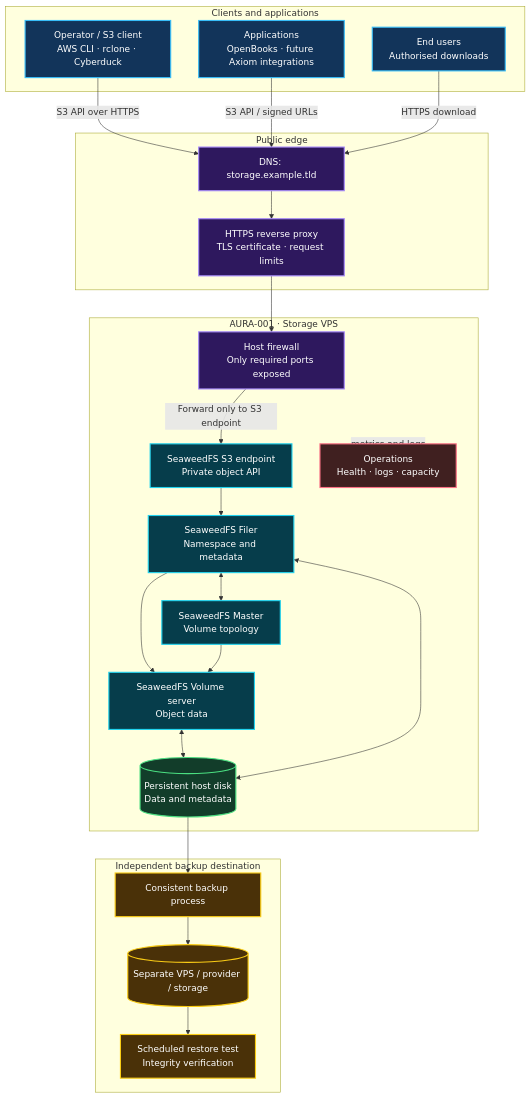
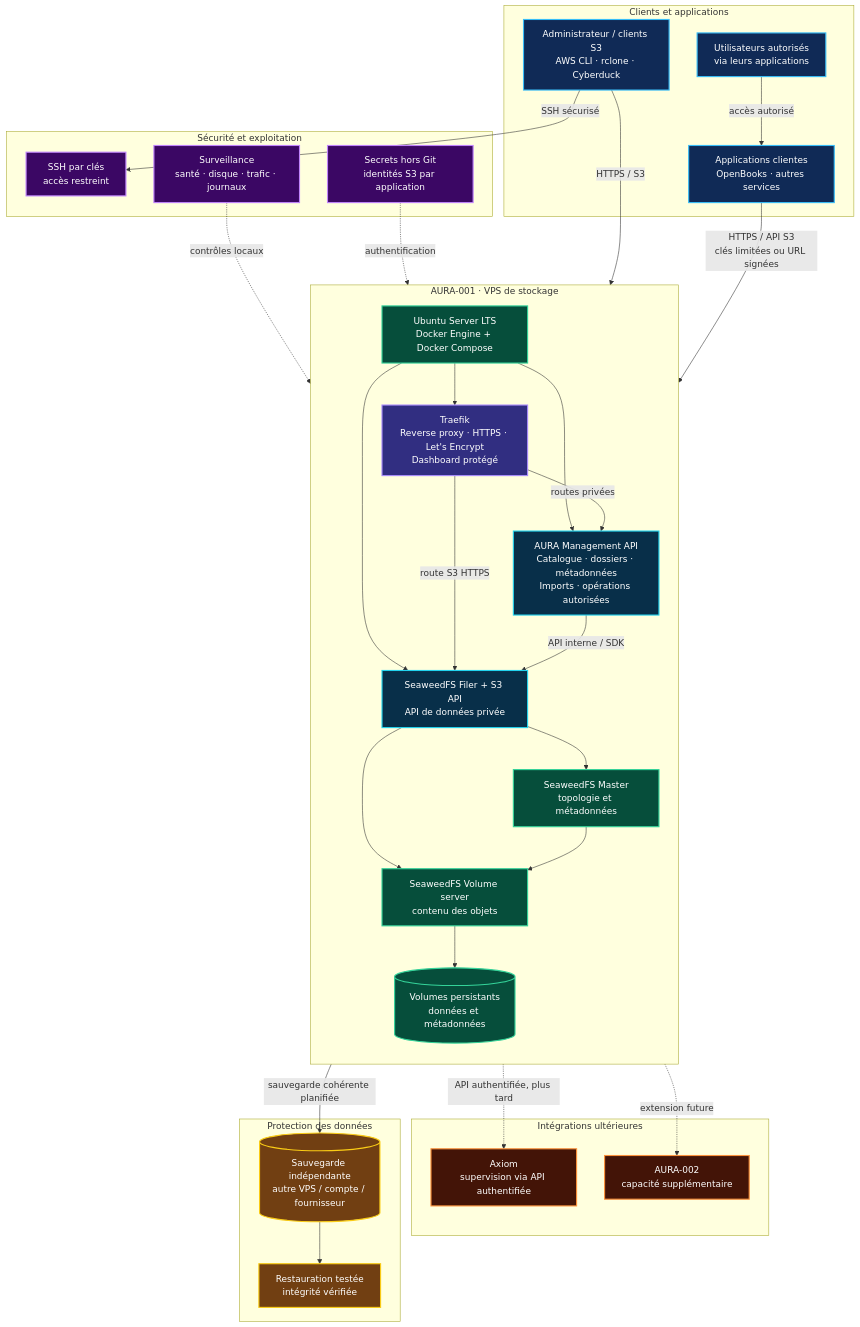
Before and after one commit to digitaleflex/aura-storage: the diagram in docs/ARCHITECTURE.mmd, drawn with Mermaid.

Commit message:
docs: align AURA diagram with Traefik and management API

```diff
--- a/docs/ARCHITECTURE.mmd
+++ b/docs/ARCHITECTURE.mmd
@@ -1,60 +1,71 @@
 flowchart TB
-    %% AURA Storage — target architecture, single-node MVP
+    %% AURA Storage — target architecture, initial single-node MVP
+    classDef client fill:#102A56,stroke:#38BDF8,color:#FFFFFF,stroke-width:2px
+    classDef proxy fill:#312E81,stroke:#A78BFA,color:#FFFFFF,stroke-width:2px
+    classDef api fill:#082F49,stroke:#22D3EE,color:#FFFFFF,stroke-width:2px
+    classDef storage fill:#064E3B,stroke:#34D399,color:#FFFFFF,stroke-width:2px
+    classDef ops fill:#3B0764,stroke:#C084FC,color:#FFFFFF,stroke-width:2px
+    classDef backup fill:#713F12,stroke:#FACC15,color:#FFFFFF,stroke-width:2px
+    classDef future fill:#431407,stroke:#FB923C,color:#FFFFFF,stroke-width:2px
 
-    subgraph CLIENTS["Clients and applications"]
-      ADMIN["Operator / S3 client<br/>AWS CLI · rclone · Cyberduck"]
-      APPS["Applications<br/>OpenBooks · future Axiom integrations"]
-      USERS["End users<br/>Authorised downloads"]
+    subgraph CLIENTS["Clients et applications"]
+      OPERATOR["Administrateur / clients S3<br/>AWS CLI · rclone · Cyberduck"]
+      APPS["Applications clientes<br/>OpenBooks · autres services"]
+      USERS["Utilisateurs autorisés<br/>via leurs applications"]
     end
 
-    subgraph EDGE["Public edge"]
-      DNS["DNS: storage.example.tld"]
-      TLS["HTTPS reverse proxy<br/>TLS certificate · request limits"]
+    subgraph AURA["AURA-001 · VPS de stockage"]
+      direction TB
+      HOST["Ubuntu Server LTS<br/>Docker Engine + Docker Compose"]
+      TRAEFIK["Traefik<br/>Reverse proxy · HTTPS · Let's Encrypt<br/>Dashboard protégé"]
+      MGMT["AURA Management API<br/>Catalogue · dossiers · métadonnées<br/>Imports · opérations autorisées"]
+      S3["SeaweedFS Filer + S3 API<br/>API de données privée"]
+      MASTER["SeaweedFS Master<br/>topologie et métadonnées"]
+      VOLUME["SeaweedFS Volume server<br/>contenu des objets"]
+      DISK[("Volumes persistants<br/>données et métadonnées")]
+      HOST --> TRAEFIK
+      HOST --> MGMT
+      HOST --> S3
+      TRAEFIK -->|"routes privées"| MGMT
+      TRAEFIK -->|"route S3 HTTPS"| S3
+      MGMT -->|"API interne / SDK"| S3
+      S3 --> MASTER
+      S3 --> VOLUME
+      MASTER --> VOLUME
+      VOLUME --> DISK
     end
 
-    subgraph VPS["AURA-001 · Storage VPS"]
-      FW["Host firewall<br/>Only required ports exposed"]
-      S3["SeaweedFS S3 endpoint<br/>Private object API"]
-      FILER["SeaweedFS Filer<br/>Namespace and metadata"]
-      MASTER["SeaweedFS Master<br/>Volume topology"]
-      VOLUME["SeaweedFS Volume server<br/>Object data"]
-      DISK[("Persistent host disk<br/>Data and metadata")]
-      OPS["Operations<br/>Health · logs · capacity"]
+    subgraph OPERATIONS["Sécurité et exploitation"]
+      SSH["SSH par clés<br/>accès restreint"]
+      MON["Surveillance<br/>santé · disque · trafic · journaux"]
+      SECRETS["Secrets hors Git<br/>identités S3 par application"]
     end
 
-    subgraph BACKUP["Independent backup destination"]
-      SNAP["Consistent backup process"]
-      VAULT[("Separate VPS / provider / storage")]
-      RESTORE["Scheduled restore test<br/>Integrity verification"]
+    subgraph RECOVERY["Protection des données"]
+      BACKUP[("Sauvegarde indépendante<br/>autre VPS / compte / fournisseur")]
+      RESTORE["Restauration testée<br/>intégrité vérifiée"]
     end
 
-    ADMIN -->|"S3 API over HTTPS"| DNS
-    APPS -->|"S3 API / signed URLs"| DNS
-    USERS -->|"HTTPS download"| DNS
-    DNS --> TLS
-    TLS --> FW
-    FW -->|"Forward only to S3 endpoint"| S3
-    S3 --> FILER
-    FILER <--> MASTER
-    FILER --> VOLUME
-    MASTER --> VOLUME
-    VOLUME <--> DISK
-    FILER <--> DISK
-    VPS -. "metrics and logs" .-> OPS
-    DISK --> SNAP
-    SNAP --> VAULT
-    VAULT --> RESTORE
+    subgraph FUTURE["Intégrations ultérieures"]
+      AXIOM["Axiom<br/>supervision via API authentifiée"]
+      AURA2["AURA-002<br/>capacité supplémentaire"]
+    end
 
-    classDef client fill:#12345a,stroke:#38bdf8,color:#ffffff,stroke-width:2px
-    classDef edge fill:#2e185e,stroke:#a78bfa,color:#ffffff,stroke-width:2px
-    classDef service fill:#063d4b,stroke:#22d3ee,color:#ffffff,stroke-width:2px
-    classDef disk fill:#123d2a,stroke:#4ade80,color:#ffffff,stroke-width:2px
-    classDef backup fill:#4a3108,stroke:#facc15,color:#ffffff,stroke-width:2px
-    classDef ops fill:#402020,stroke:#fb7185,color:#ffffff,stroke-width:2px
+    OPERATOR -->|"SSH sécurisé"| SSH
+    OPERATOR -->|"HTTPS / S3"| TRAEFIK
+    APPS -->|"HTTPS / API S3<br/>clés limitées ou URL signées"| TRAEFIK
+    USERS -->|"accès autorisé"| APPS
+    SECRETS -. "authentification" .-> S3
+    MON -. "contrôles locaux" .-> HOST
+    DISK -->|"sauvegarde cohérente planifiée"| BACKUP
+    BACKUP --> RESTORE
+    MGMT -. "API authentifiée, plus tard" .-> AXIOM
+    AURA -. "extension future" .-> AURA2
 
-    class ADMIN,APPS,USERS client
-    class DNS,TLS,FW edge
-    class S3,FILER,MASTER,VOLUME service
-    class DISK disk
-    class SNAP,VAULT,RESTORE backup
-    class OPS ops
+    class OPERATOR,APPS,USERS client
+    class TRAEFIK proxy
+    class MGMT,S3 api
+    class HOST,MASTER,VOLUME,DISK storage
+    class SSH,MON,SECRETS ops
+    class BACKUP,RESTORE backup
+    class AXIOM,AURA2 future
```
